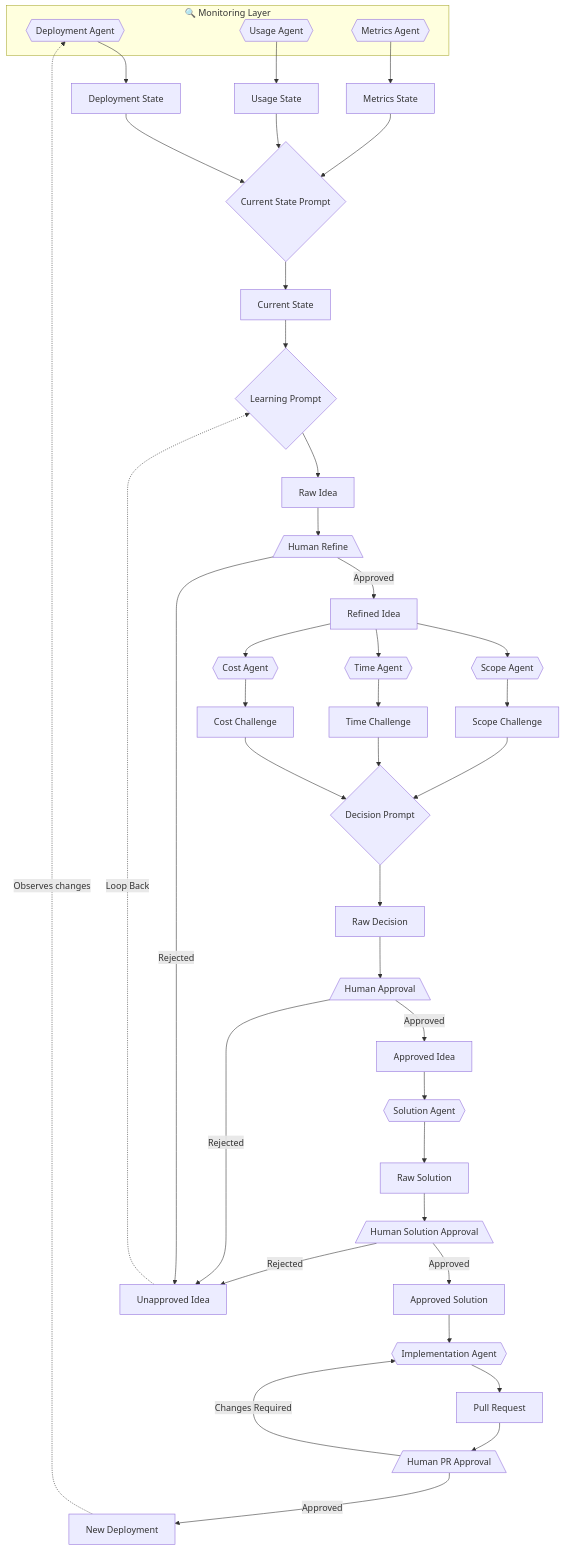
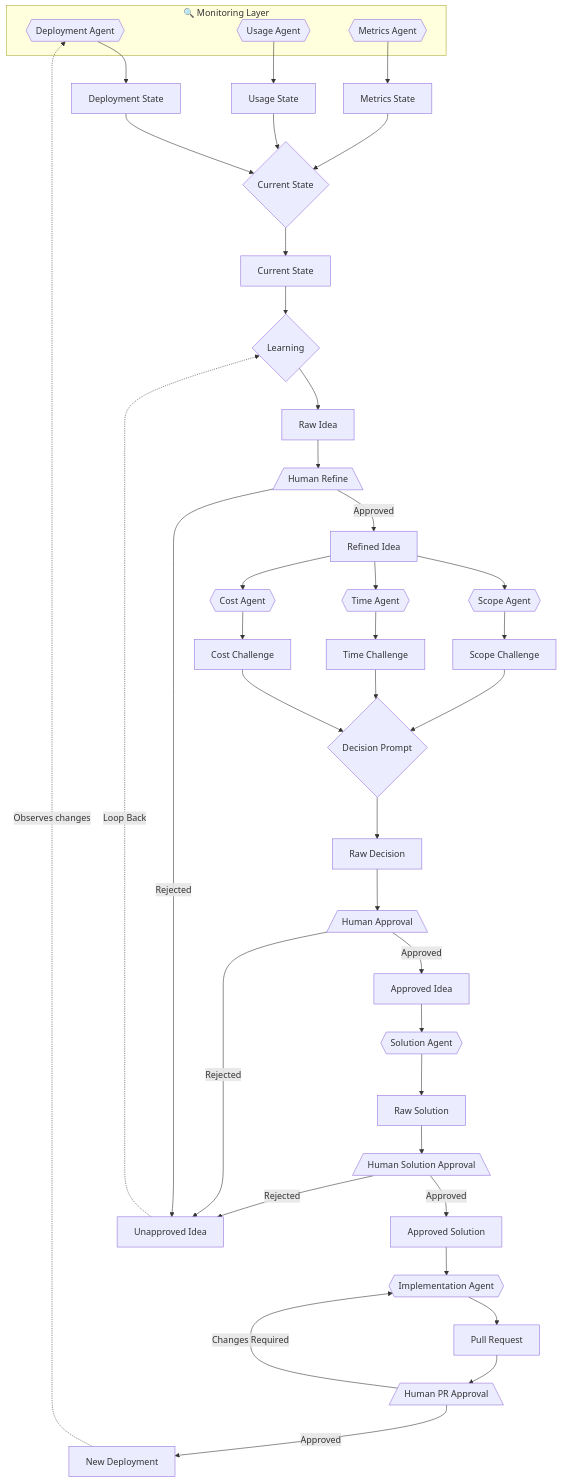
The diagram in docs/architecture/agent-flow.md (BlakeItOut/agents-running-a-data-mesh-demo), drawn with Mermaid before and after one commit. The commit also changed other lines of this file and 12 other files, not shown here.

First line of the commit message:
fix: align agent data with Avro schemas and improve accuracy

````diff
--- a/docs/architecture/agent-flow.md
+++ b/docs/architecture/agent-flow.md
@@ -3,72 +3,72 @@
 ```mermaid
 flowchart TD
     %% Monitoring Layer - Discovers and observes platform state
     subgraph Monitoring["🔍 Monitoring Layer"]
         DeploymentAgent{{Deployment Agent}}
         UsageAgent{{Usage Agent}}
         MetricsAgent{{Metrics Agent}}
     end
 
     %% Monitoring agents publish to state topics
     DeploymentAgent --> DeploymentState[Deployment State]
     UsageAgent --> UsageState[Usage State]
     MetricsAgent --> MetricsState[Metrics State]
 
     %% Current State Aggregation
-    DeploymentState --> CurrentStatePrompt{Current State Prompt}
-    UsageState --> CurrentStatePrompt
-    MetricsState --> CurrentStatePrompt
-    CurrentStatePrompt --> CurrentState[Current State]
+    DeploymentState --> CurrentStateAgent{Current State}
+    UsageState --> CurrentStateAgent
+    MetricsState --> CurrentStateAgent
+    CurrentStateAgent --> CurrentState[Current State]
 
     %% Ideation Flow
-    CurrentState --> LearningPrompt{Learning Prompt}
-    LearningPrompt --> RawIdea[Raw Idea]
+    CurrentState --> LearningAgent{Learning}
+    LearningAgent --> RawIdea[Raw Idea]
     RawIdea --> HumanRefine[/Human Refine\]
 
     %% Early Approval Path
     HumanRefine -->|Approved| RefinedIdea[Refined Idea]
     HumanRefine -->|Rejected| UnapprovedIdea[Unapproved Idea]
 
     %% Evaluation Agents
     RefinedIdea --> ScopeAgent{{Scope Agent}}
     RefinedIdea --> TimeAgent{{Time Agent}}
     RefinedIdea --> CostAgent{{Cost Agent}}
 
     ScopeAgent --> ScopeChallenge[Scope Challenge]
     TimeAgent --> TimeChallenge[Time Challenge]
     CostAgent --> CostChallenge[Cost Challenge]
 
     %% Decision
     ScopeChallenge --> DecisionPrompt{Decision Prompt}
     TimeChallenge --> DecisionPrompt
     CostChallenge --> DecisionPrompt
 
     DecisionPrompt --> RawDecision[Raw Decision]
     RawDecision --> HumanApproval[/Human Approval\]
 
     %% Final Approval Paths
     HumanApproval -->|Approved| ApprovedIdea[Approved Idea]
     HumanApproval -->|Rejected| UnapprovedIdea
-    UnapprovedIdea -.->|Loop Back| LearningPrompt
+    UnapprovedIdea -.->|Loop Back| LearningAgent
 
     %% Solution Design
     ApprovedIdea --> SolutionAgent{{Solution Agent}}
     SolutionAgent --> RawSolution[Raw Solution]
     RawSolution --> HumanSolutionApproval[/Human Solution Approval\]
 
     %% Solution Approval Paths
     HumanSolutionApproval -->|Approved| ApprovedSolution[Approved Solution]
     HumanSolutionApproval -->|Rejected| UnapprovedIdea
 
     %% Implementation
     ApprovedSolution --> ImplAgent{{Implementation Agent}}
     ImplAgent --> PullRequest[Pull Request]
     PullRequest --> HumanPRApproval[/Human PR Approval\]
 
     %% Deployment creates new state that monitoring agents observe
     HumanPRApproval -->|Approved| NewDeployment[New Deployment]
     HumanPRApproval -->|Changes Required| ImplAgent
 
     %% Feedback loop - new deployments are observed by monitoring agents
     NewDeployment -.->|Observes changes| DeploymentAgent
 ```
````
